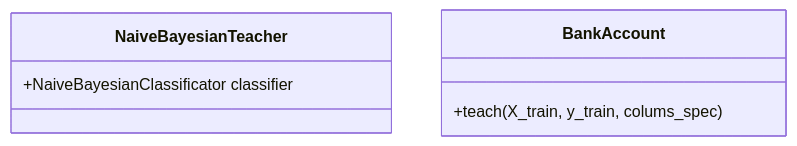
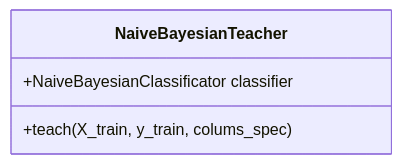
One commit to MikeTsvirkunov/Maching_Learning_Teach changed the diagram in MyMethods/README.md. Above: the diagram before and after it, drawn with Mermaid.

````diff
--- a/MyMethods/README.md
+++ b/MyMethods/README.md
@@ -1,6 +1,7 @@
 ```mermaid
     classDiagram
-        class NaiveBayesianTeacher
-        NaiveBayesianTeacher : +NaiveBayesianClassificator classifier
-        BankAccount : +teach(X_train, y_train, colums_spec)
+        class NaiveBayesianTeacher{
+            +NaiveBayesianClassificator classifier
+            +teach(X_train, y_train, colums_spec)
+        }
 ```
````
